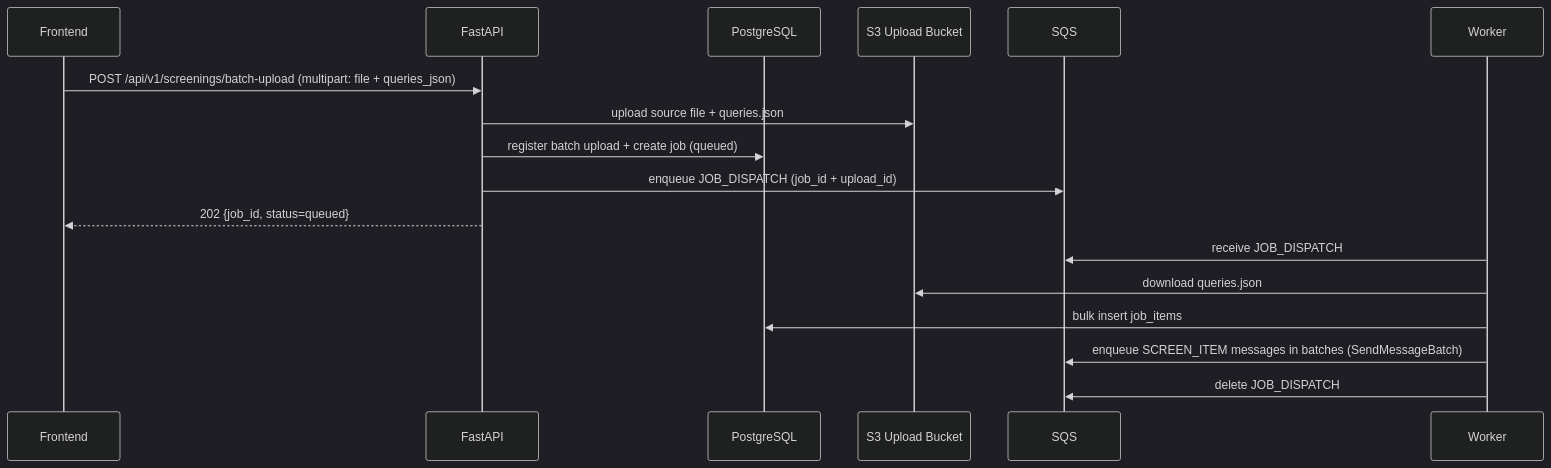
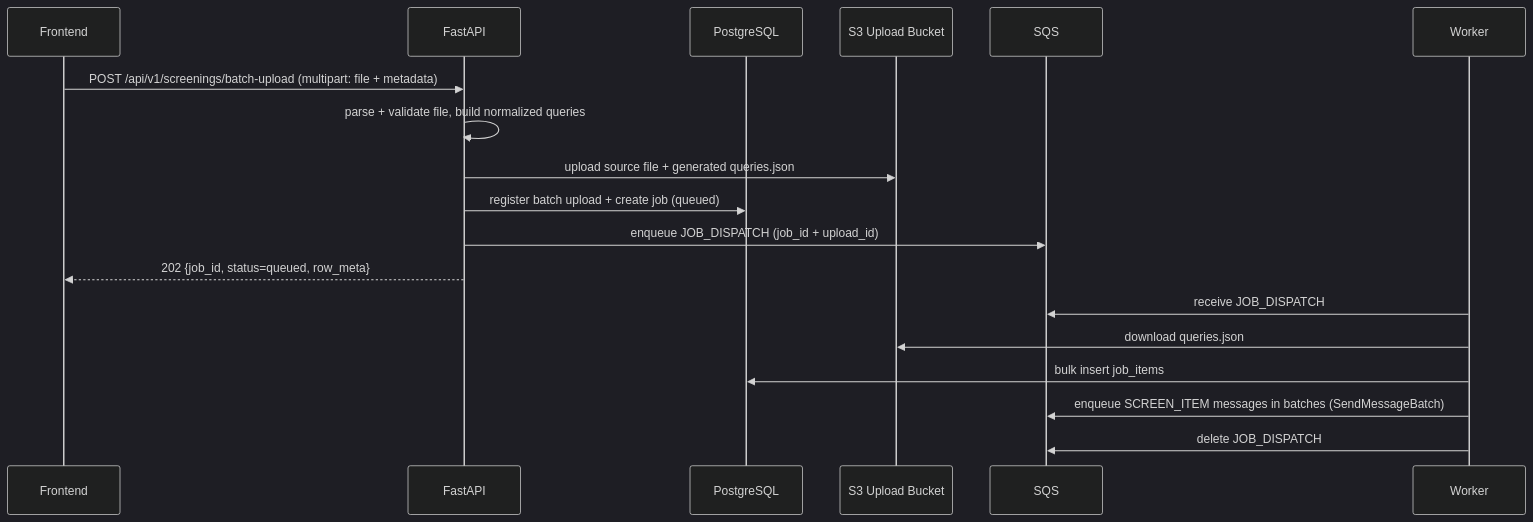
One commit to jankibhavsar84-sketch/Ofac-screening-AWS changed the sixth of 9 diagrams in docs/technical-design-document.md. Above: the diagram before and after it, drawn with Mermaid (dark theme). The commit also changed other lines of this file and 497 other files, not shown here.

````diff
--- a/docs/technical-design-document.md
+++ b/docs/technical-design-document.md
@@ -432,21 +1111,22 @@
 ```mermaid
 sequenceDiagram
   participant UI as Frontend
   participant API as FastAPI
   participant DB as PostgreSQL
   participant S3 as S3 Upload Bucket
   participant Q as SQS
   participant WK as Worker
 
-  UI->>API: POST /api/v1/screenings/batch-upload (multipart: file + queries_json)
-  API->>S3: upload source file + queries.json
+  UI->>API: POST /api/v1/screenings/batch-upload (multipart: file + metadata)
+  API->>API: parse + validate file, build normalized queries
+  API->>S3: upload source file + generated queries.json
   API->>DB: register batch upload + create job (queued)
   API->>Q: enqueue JOB_DISPATCH (job_id + upload_id)
-  API-->>UI: 202 {job_id, status=queued}
+  API-->>UI: 202 {job_id, status=queued, row_meta}
 
   WK->>Q: receive JOB_DISPATCH
   WK->>S3: download queries.json
   WK->>DB: bulk insert job_items
   WK->>Q: enqueue SCREEN_ITEM messages in batches (SendMessageBatch)
   WK->>Q: delete JOB_DISPATCH
 ```
````
